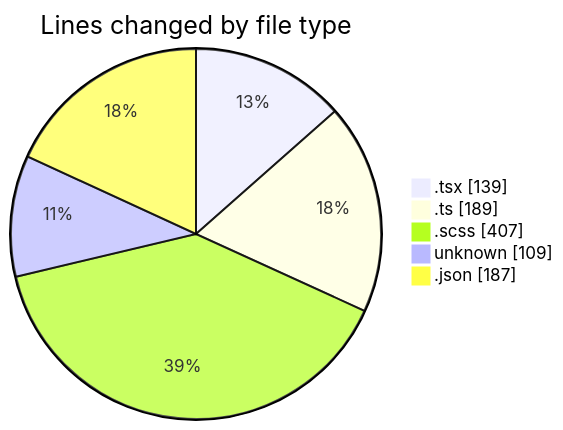
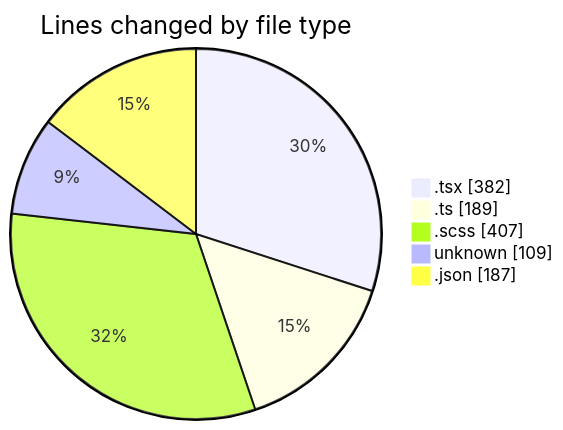
One commit to momahboobian/code-tracking changed the first of 2 diagrams in 2026-04-15/cda/README.md. Above: the diagram before and after it, drawn with Mermaid. The commit also changed other lines of this file and 1 other file, not shown here.

````diff
--- a/2026-04-15/cda/README.md
+++ b/2026-04-15/cda/README.md
@@ -32,9 +33,9 @@
 ```mermaid
 pie showData
 title Lines changed by file type
-".tsx" : 139
+".tsx" : 382
 ".ts" : 189
 ".scss" : 407
 "unknown" : 109
 ".json" : 187
 ```
````
